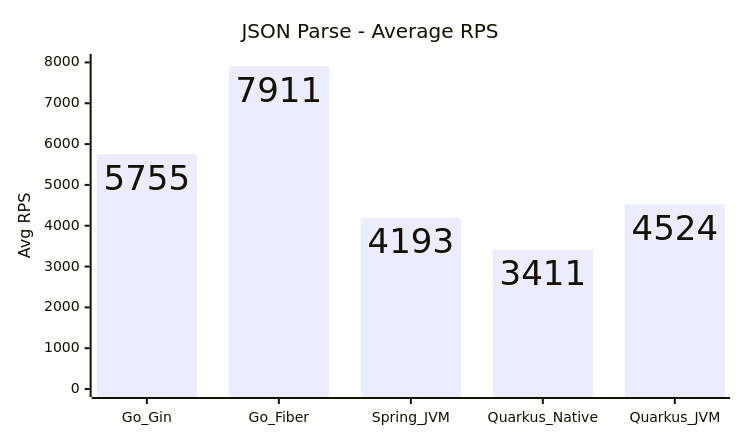
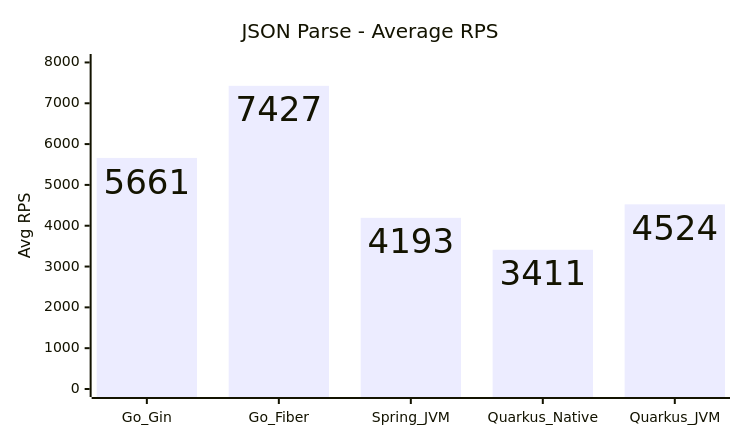
Before and after one commit to hiiamtin/go-vs-java: the seventh of 15 diagrams in COMPARISON_REPORT.md, drawn with Mermaid. The commit also changed other lines of this file and 58 other files, not shown here.

````diff
--- a/COMPARISON_REPORT.md
+++ b/COMPARISON_REPORT.md
@@ -140,14 +140,14 @@
 ```mermaid
 ---
 config:
   xyChart:
     width: 720
     height: 420
     showDataLabel: true
 ---
 xychart
     title "JSON Parse - Average RPS"
     x-axis [Go_Gin, Go_Fiber, Spring_JVM, Quarkus_Native, Quarkus_JVM]
     y-axis "Avg RPS" 0 --> 8011
-    bar [5755, 7911, 4193, 3411, 4524]
+    bar [5661, 7427, 4193, 3411, 4524]
 ```
````
